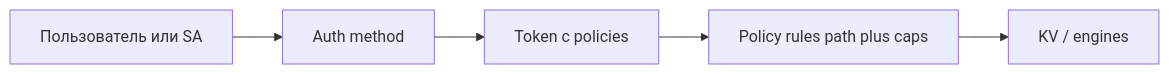
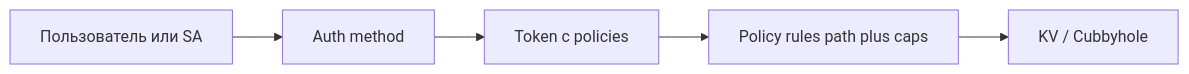
The diagram in docs/guides/02-politiki-i-dostup.md (NAGenaev/tuck), drawn with Mermaid before and after one commit. The commit also changed other lines of this file and 114 other files, not shown here.

````diff
--- a/docs/guides/02-politiki-i-dostup.md
+++ b/docs/guides/02-politiki-i-dostup.md
@@ -77,7 +77,7 @@
 ```mermaid
 flowchart LR
   User[Пользователь или SA] --> Login[Auth method]
   Login --> Token[Token с policies]
   Token --> ACL[Policy rules path plus caps]
-  ACL --> Secret[KV / engines]
+  ACL --> Secret[KV / Cubbyhole]
 ```
````
